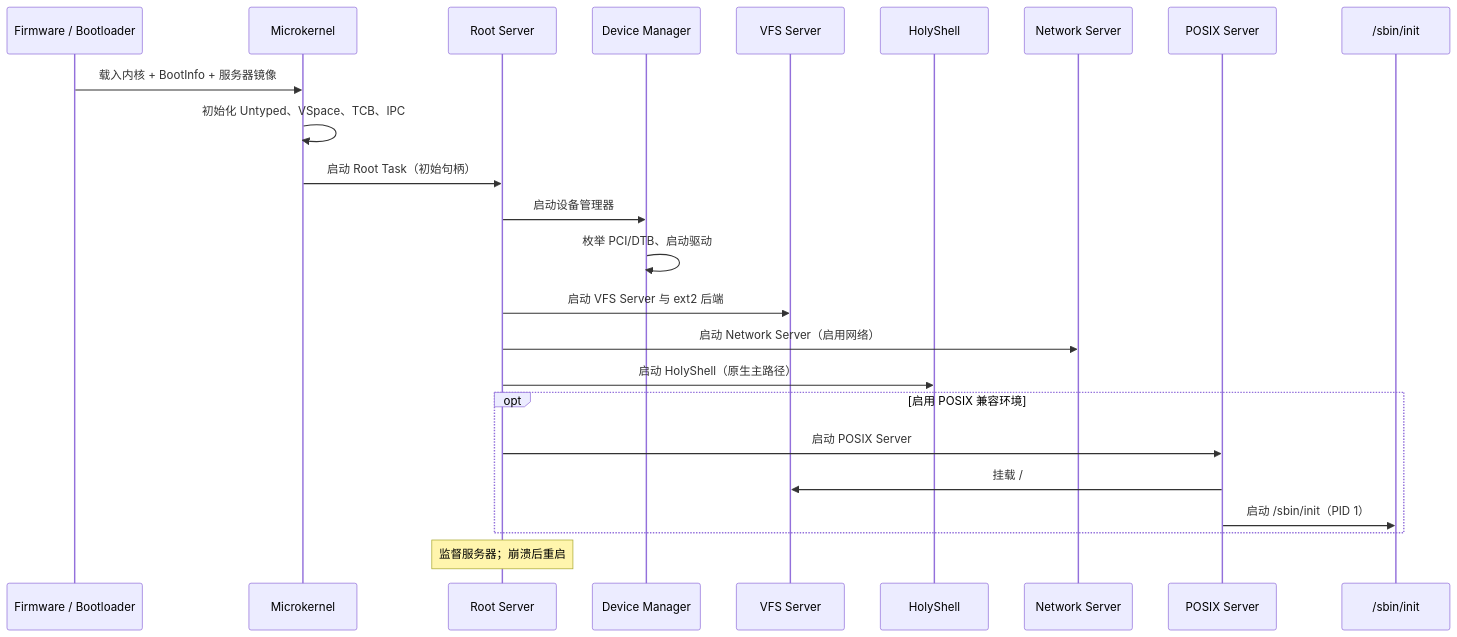
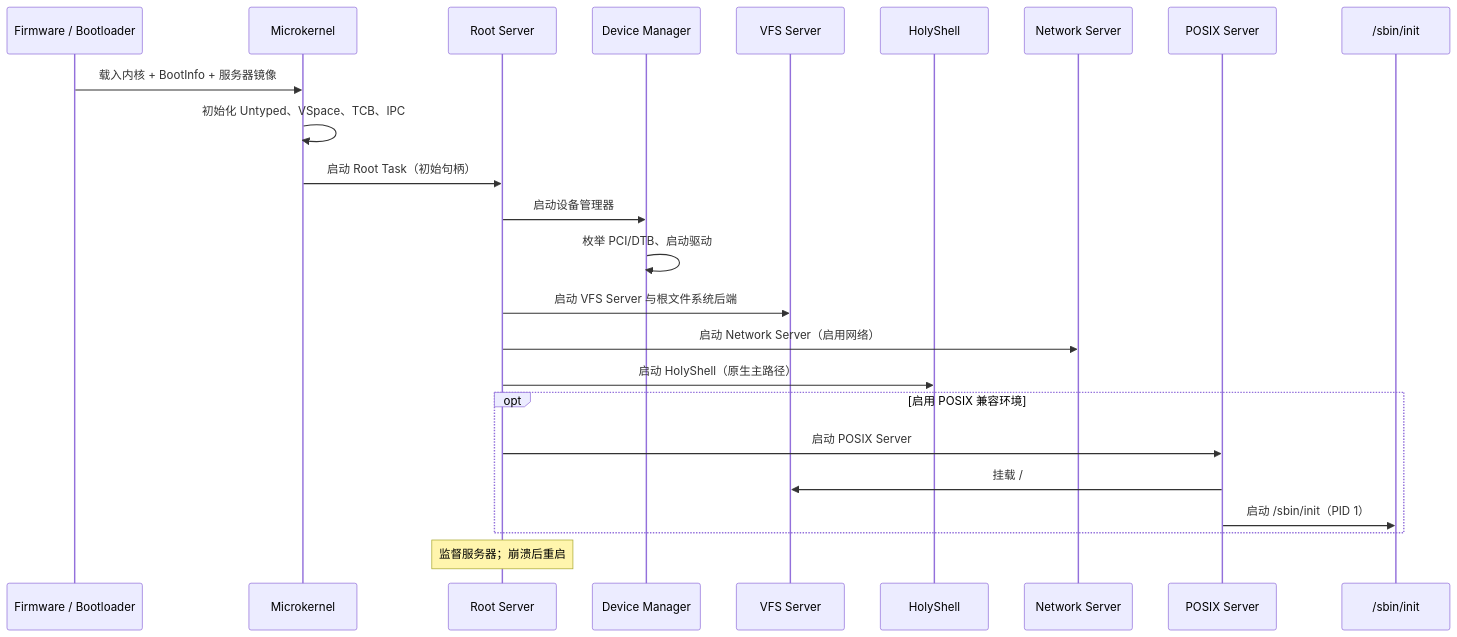
One commit to hongweifei/HolyKernel changed the fifth of 5 diagrams in docs/architecture.md. Above: the diagram before and after it, drawn with Mermaid. The commit also changed other lines of this file and 10 other files, not shown here.

````diff
--- a/docs/architecture.md
+++ b/docs/architecture.md
@@ -258,27 +260,27 @@
 ```mermaid
 sequenceDiagram
     participant FW as Firmware / Bootloader
     participant K as Microkernel
     participant Root as Root Server
     participant DM as Device Manager
     participant VFS as VFS Server
     participant Shell as HolyShell
     participant Net as Network Server
     participant POSIX as POSIX Server
     participant App as /sbin/init
 
     FW->>K: 载入内核 + BootInfo + 服务器镜像
     K->>K: 初始化 Untyped、VSpace、TCB、IPC
     K->>Root: 启动 Root Task（初始句柄）
     Root->>DM: 启动设备管理器
     DM->>DM: 枚举 PCI/DTB、启动驱动
-    Root->>VFS: 启动 VFS Server 与 ext2 后端
+    Root->>VFS: 启动 VFS Server 与根文件系统后端
     Root->>Net: 启动 Network Server（启用网络）
     Root->>Shell: 启动 HolyShell（原生主路径）
     opt 启用 POSIX 兼容环境
         Root->>POSIX: 启动 POSIX Server
         POSIX->>VFS: 挂载 /
         POSIX->>App: 启动 /sbin/init（PID 1）
     end
     Note over Root: 监督服务器；崩溃后重启
 ```
````
